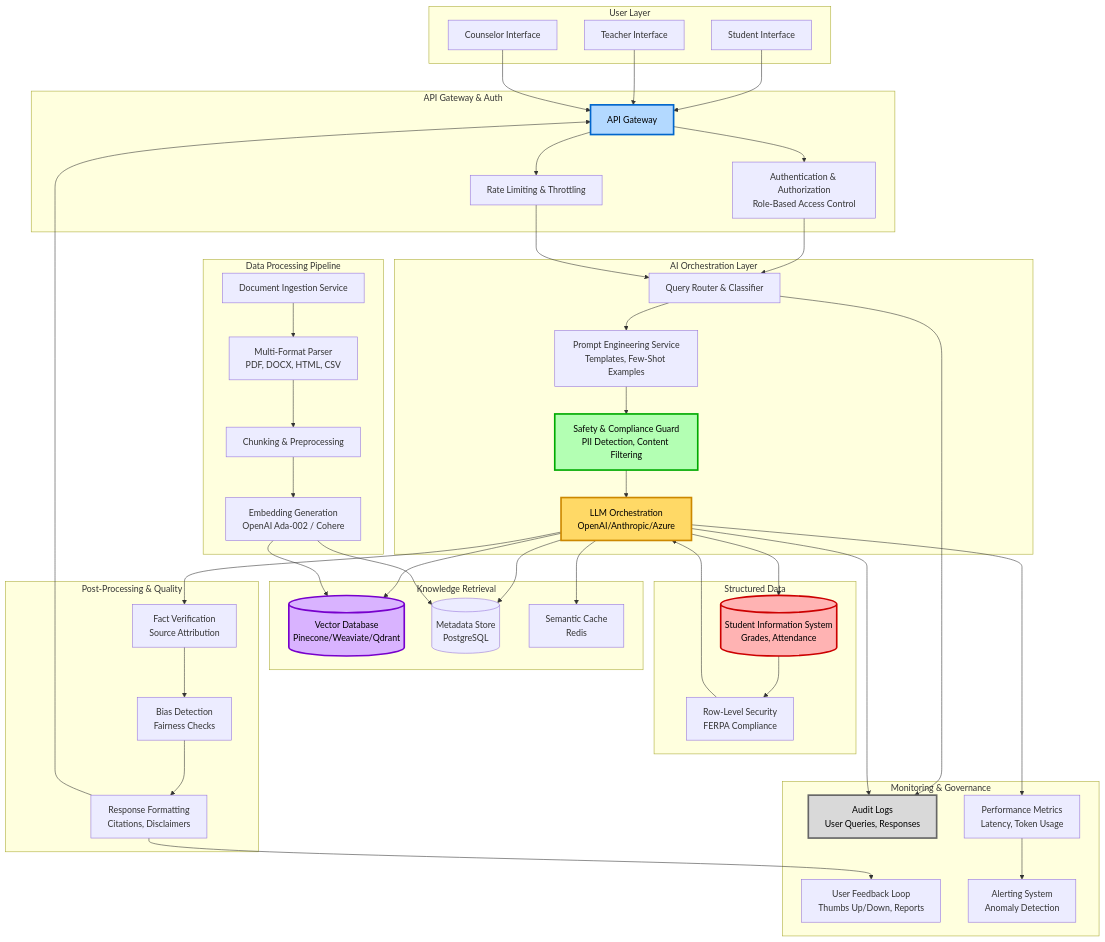
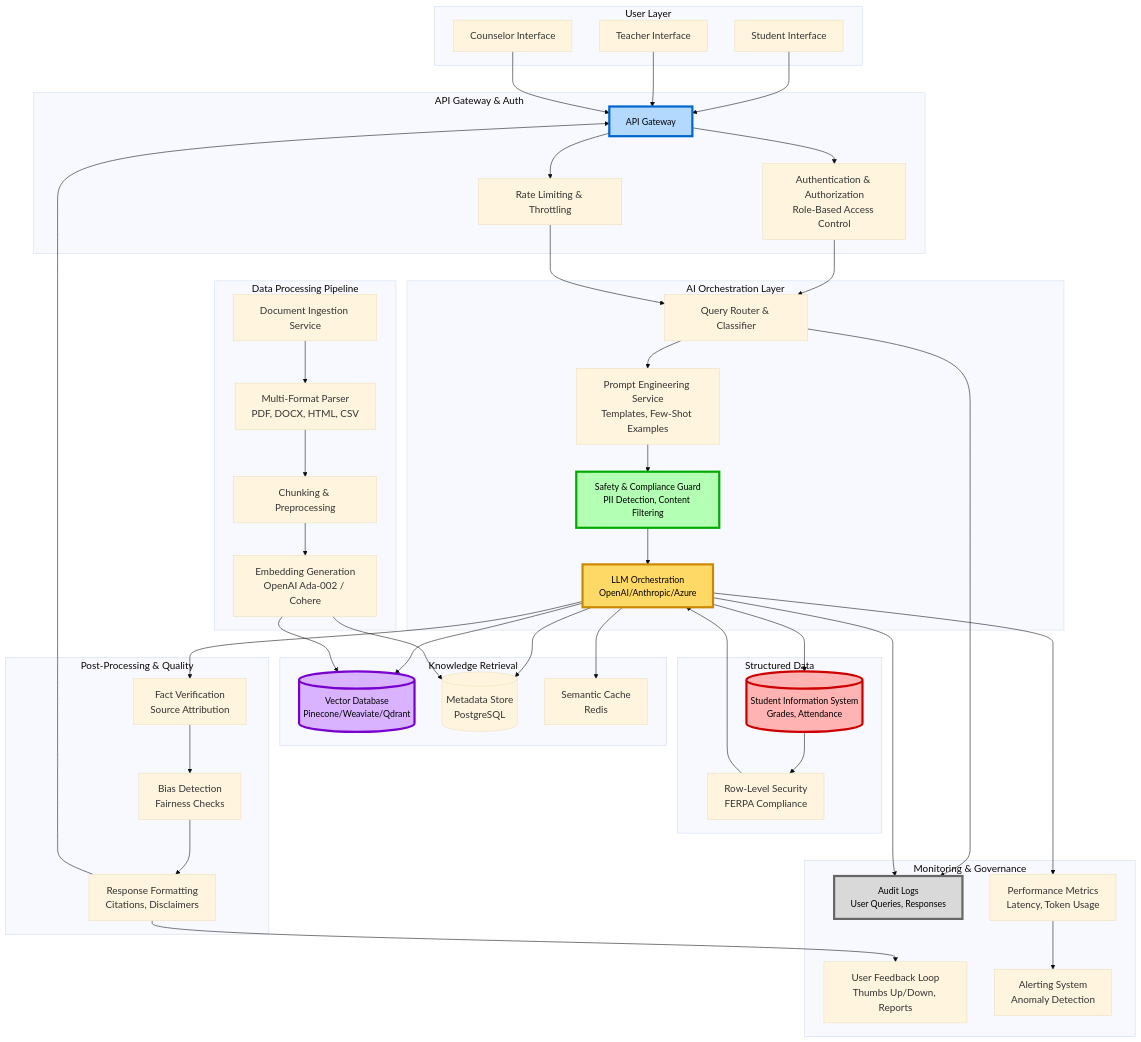
One commit to kbwillia/sparq-takehome changed the diagram in ARCHITECTURE.md. Above: the diagram before and after it, drawn with Mermaid.

Commit message:
Enhance architecture diagram styles by adjusting stroke widths and font sizes for better readability

````diff
--- a/ARCHITECTURE.md
+++ b/ARCHITECTURE.md
@@ -5,4 +5,5 @@
 ```mermaid
+%%{init: {'theme':'base', 'themeVariables': {'fontSize':'18px', 'fontFamily':'arial'}}}%%
 graph TB
     subgraph "User Layer"
         Student[Student Interface]
@@ -92,10 +93,10 @@
     Format --> Feedback
     Metrics --> Alert
 
-    style Gateway fill:#b3d9ff,stroke:#0066cc,stroke-width:3px,color:#000
-    style LLMOrch fill:#ffd966,stroke:#cc8800,stroke-width:3px,color:#000
-    style VectorDB fill:#d9b3ff,stroke:#7700cc,stroke-width:3px,color:#000
-    style StudentDB fill:#ffb3b3,stroke:#cc0000,stroke-width:3px,color:#000
-    style Guard fill:#b3ffb3,stroke:#00aa00,stroke-width:3px,color:#000
-    style Logs fill:#d9d9d9,stroke:#666666,stroke-width:3px,color:#000
+    style Gateway fill:#b3d9ff,stroke:#0066cc,stroke-width:4px,color:#000,font-size:16px
+    style LLMOrch fill:#ffd966,stroke:#cc8800,stroke-width:4px,color:#000,font-size:16px
+    style VectorDB fill:#d9b3ff,stroke:#7700cc,stroke-width:4px,color:#000,font-size:16px
+    style StudentDB fill:#ffb3b3,stroke:#cc0000,stroke-width:4px,color:#000,font-size:16px
+    style Guard fill:#b3ffb3,stroke:#00aa00,stroke-width:4px,color:#000,font-size:16px
+    style Logs fill:#d9d9d9,stroke:#666666,stroke-width:4px,color:#000,font-size:16px
 ```
````
